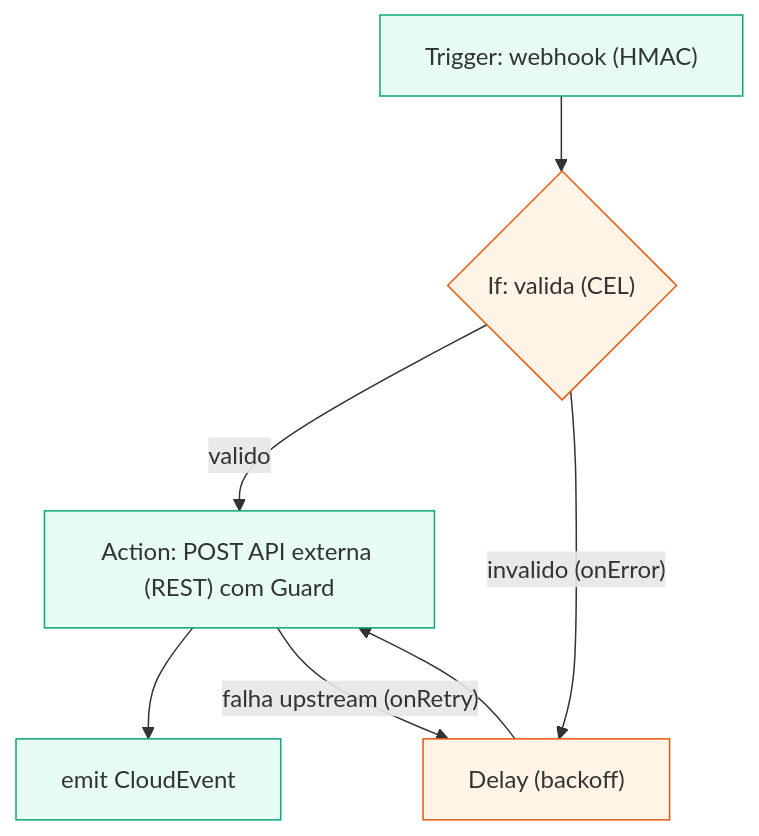
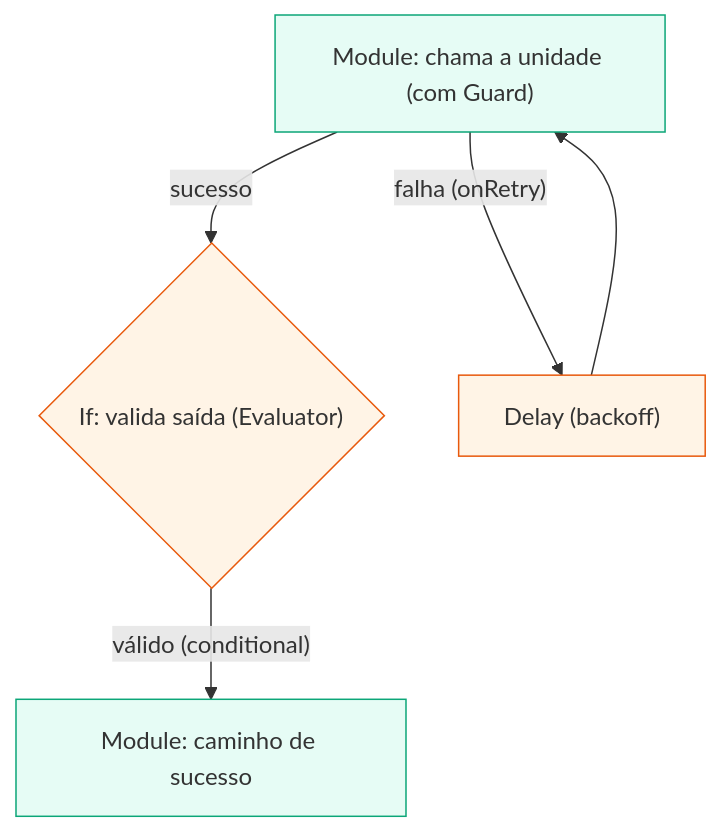
Diagram 11 of 17 in docs/architecture/plugfy-framework-architecture.md (PlugfyOS/plugfy.framework.contracts), drawn with Mermaid before and after one commit. The commit also changed other lines of this file and 1 other file, not shown here.

First line of the commit message:
docs(architecture): rewrite framework arch doc to final state — Unit + Pipeline + Execution only

````diff
--- a/docs/architecture/plugfy-framework-architecture.md
+++ b/docs/architecture/plugfy-framework-architecture.md
@@ -711,17 +665,14 @@
 ```mermaid
 flowchart TB
   classDef node fill:#e6fcf5,stroke:#0ca678;
   classDef ctrl fill:#fff4e6,stroke:#e8590c;
-  T["Trigger: webhook (HMAC)"]
-  V{"If: valida (CEL)"}
-  A["Action: POST API externa (REST) com Guard"]
-  EV["emit CloudEvent"]
+  M["Module: chama a unidade (com Guard)"]
+  V{"If: valida saída (Evaluator)"}
+  OK["Module: caminho de sucesso"]
   D["Delay (backoff)"]
-  T --> V
-  V -->|"valido"| A
-  V -->|"invalido (onError)"| D
-  A --> EV
-  A -->|"falha upstream (onRetry)"| D
-  D --> A
-  class T,A,EV node; class V,D ctrl;
+  M -->|"sucesso"| V
+  V -->|"válido (conditional)"| OK
+  M -->|"falha (onRetry)"| D
+  D --> M
+  class M,OK node; class V,D ctrl;
 ```
````
